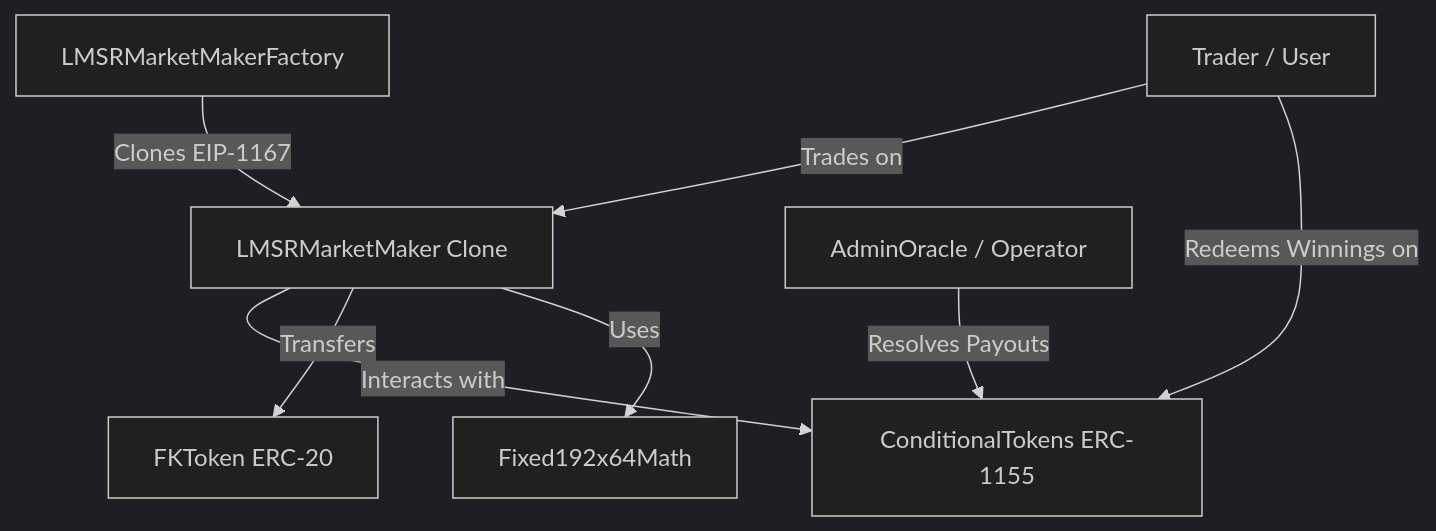
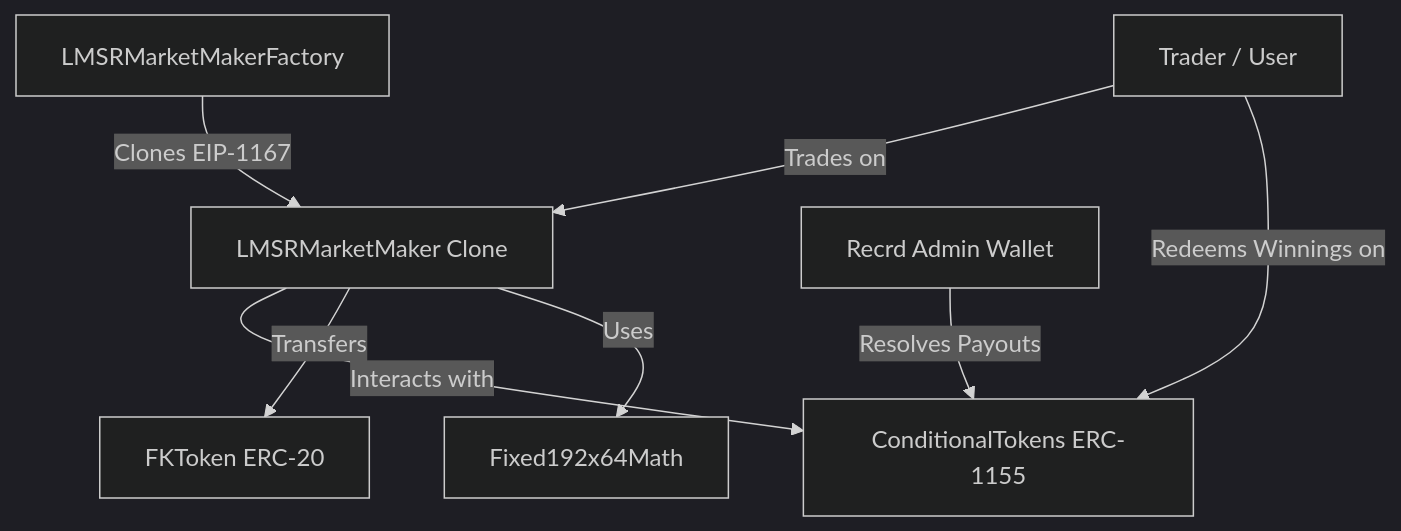
One commit to Jeevan-sparkout/Record-Project-Preapation changed the second of 2 diagrams in ARCHITECTURE.md. Above: the diagram before and after it, drawn with Mermaid (dark theme). The commit also changed other lines of this file and 2 other files, not shown here.

Commit message:
Update ARCHITECTURE.md and PDFs to reflect direct Admin resolution and 100% LMSR flow

````diff
--- a/ARCHITECTURE.md
+++ b/ARCHITECTURE.md
@@ -170,10 +170,10 @@
 ```mermaid
 graph TD
     Factory[LMSRMarketMakerFactory] -->|Clones EIP-1167| Pool[LMSRMarketMaker Clone]
     Pool -->|Interacts with| CTF[ConditionalTokens ERC-1155]
     Pool -->|Transfers| FK[FKToken ERC-20]
     Pool -->|Uses| Math[Fixed192x64Math]
-    Admin[AdminOracle / Operator] -->|Resolves Payouts| CTF
+    Admin[Recrd Admin Wallet] -->|Resolves Payouts| CTF
     User[Trader / User] -->|Trades on| Pool
     User -->|Redeems Winnings on| CTF
 ```
````
